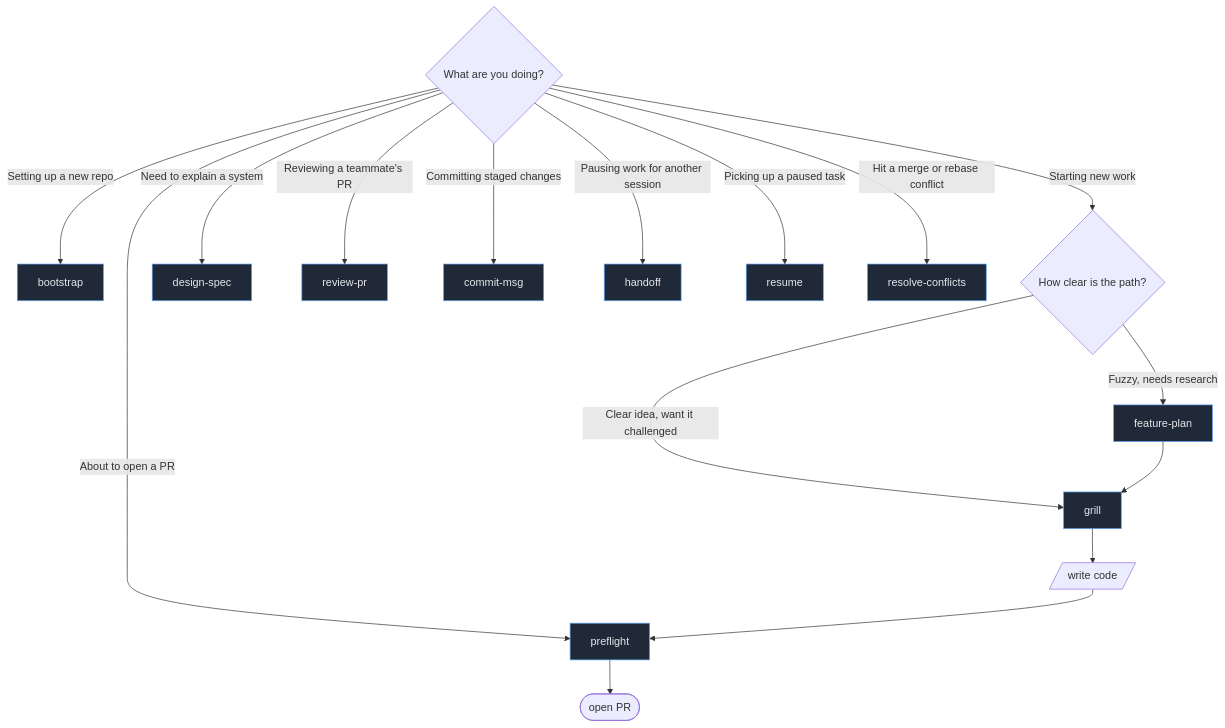
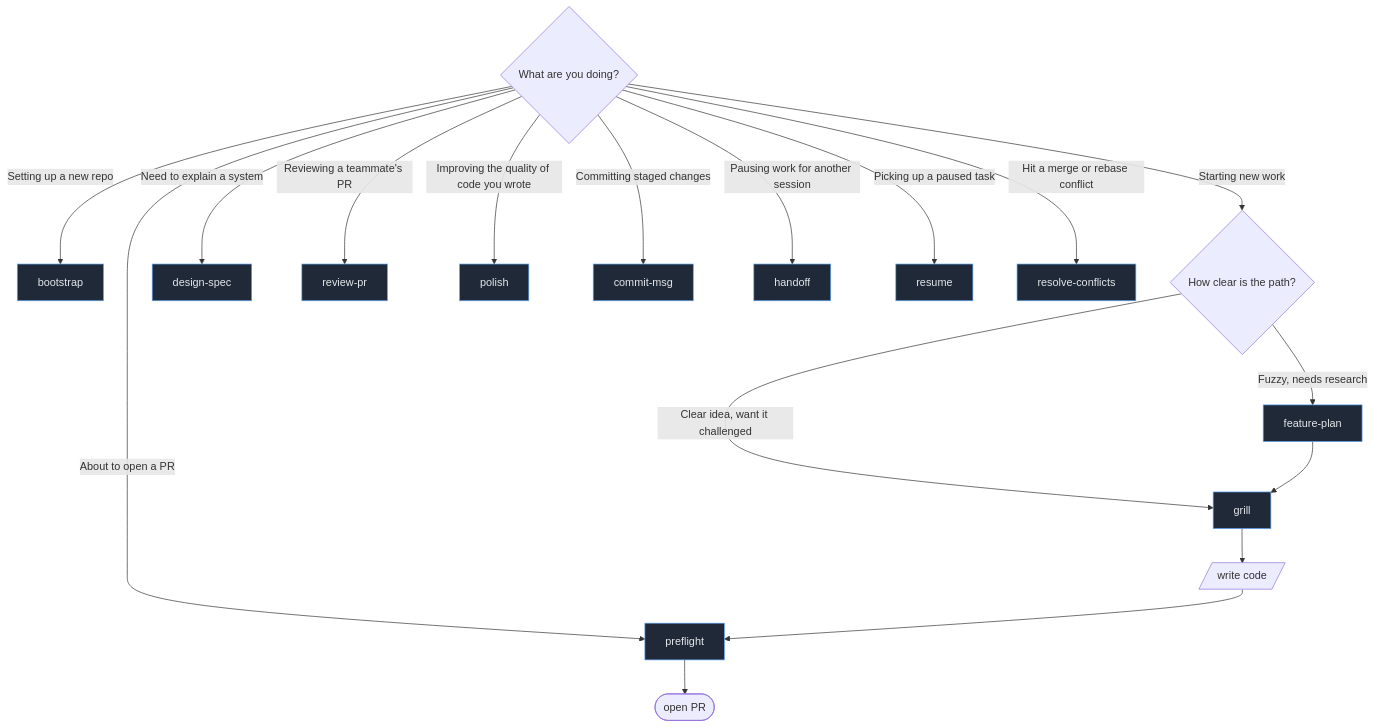
One commit to powerslider/nitpickle changed the second of 5 diagrams in README.md. Above: the diagram before and after it, drawn with Mermaid. The commit also changed other lines of this file and 9 other files, not shown here.

First line of the commit message:
feat(polish): add convention-aware code-quality skill

````diff
--- a/README.md
+++ b/README.md
@@ -169,23 +172,24 @@
 ```mermaid
 flowchart TD
     Q{What are you doing?}
     Q -->|Setting up a new repo| IN[bootstrap]
     Q -->|Starting new work| A{How clear is the path?}
     A -->|Fuzzy, needs research| FP[feature-plan]
     A -->|Clear idea, want it challenged| GR[grill]
     Q -->|Need to explain a system| DS[design-spec]
     Q -->|About to open a PR| PF[preflight]
     Q -->|Reviewing a teammate's PR| RV[review-pr]
+    Q -->|Improving the quality of code you wrote| PL[polish]
     Q -->|Committing staged changes| CM[commit-msg]
     Q -->|Pausing work for another session| HO[handoff]
     Q -->|Picking up a paused task| RE[resume]
     Q -->|Hit a merge or rebase conflict| RC[resolve-conflicts]
 
     FP --> GR
     GR --> code[/write code/]
     code --> PF
     PF --> open([open PR])
 
     classDef s fill:#1f2937,stroke:#60a5fa,color:#e5e7eb
-    class IN,FP,GR,DS,PF,RV,CM,HO,RE,RC s
+    class IN,FP,GR,DS,PF,RV,PL,CM,HO,RE,RC s
 ```
````
